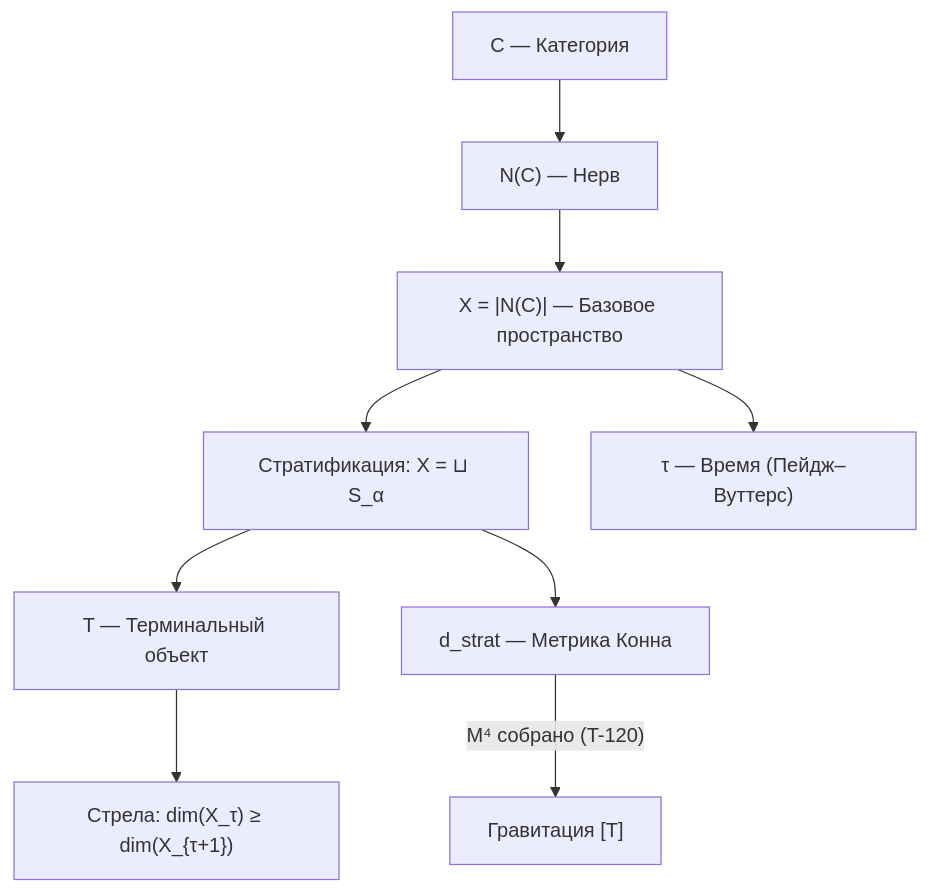
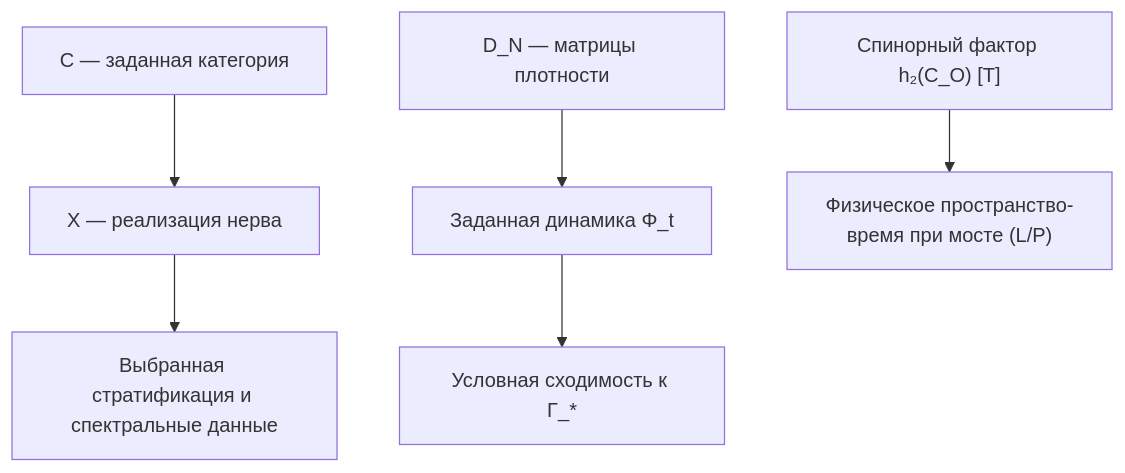
Before and after one commit to gst-st/uhm: the diagram in website/i18n/ru/docusaurus-plugin-content-docs/current/core/foundations/spacetime.md, drawn with Mermaid. The commit also changed other lines of this file and 248 other files, not shown here.

````diff
--- a/website/i18n/ru/docusaurus-plugin-content-docs/current/core/foundations/spacetime.md
+++ b/website/i18n/ru/docusaurus-plugin-content-docs/current/core/foundations/spacetime.md
@@ -426,21 +373,16 @@
 ```mermaid
 graph TD
- C["C — Категория"]
- N["N#40;C#41; — Нерв"]
- X["X = |N#40;C#41;| — Базовое пространство"]
- STRAT["Стратификация: X = ⊔ S_α"]
- T_OBJ["T — Терминальный объект"]
- DSTRAT["d_strat — Метрика Конна"]
- TIME["τ — Время #40;Пейдж–Вуттерс#41;"]
- ARROW["Стрела: dim#40;X_τ#41; ≥ dim#40;X_{τ+1}#41;"]
- GR["Гравитация #91;Т#93;"]
-
- C --> N
- N --> X
- X --> STRAT
- STRAT --> T_OBJ
- STRAT --> DSTRAT
- X --> TIME
- T_OBJ --> ARROW
- DSTRAT --> |"M⁴ собрано #40;T-120#41;"| GR
+ C["C — заданная категория"]
+ X["X — реализация нерва"]
+ GEO["Выбранная стратификация и спектральные данные"]
+ STATES["D_N — матрицы плотности"]
+ FLOW["Заданная динамика Φ_t"]
+ CONV["Условная сходимость к Γ_*"]
+ SPIN["Спинорный фактор h₂#40;C_O#41; #91;Т#93;"]
+ SPACE["Физическое пространство-время при мосте #40;L/P#41;"]
+ C --> X
+ X --> GEO
+ STATES --> FLOW
+ FLOW --> CONV
+ SPIN --> SPACE
 ```
````
